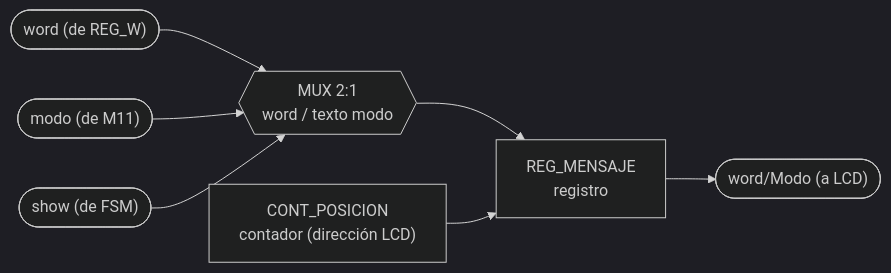
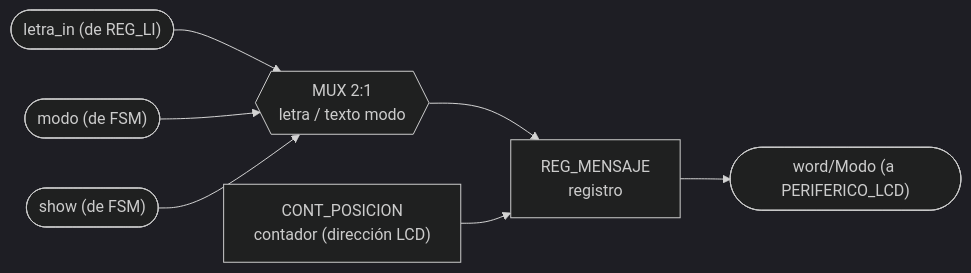
Before and after one commit to Taller-de-diseno-digital-GR01/Proyecto-2-Ahorcado: the fifth of 13 diagrams in docs/diseño/diagramas/nivel03.md, drawn with Mermaid (dark theme). The commit also changed other lines of this file and 1 other file, not shown here.

````diff
--- a/docs/diseño/diagramas/nivel03.md
+++ b/docs/diseño/diagramas/nivel03.md
@@ -217,9 +242,9 @@
 ```mermaid
 flowchart LR
-    IN_WORD(["word (de REG_W)"]) --> MUX1{{"MUX 2:1<br/>word / texto modo"}}
-    IN_MODO(["modo (de M11)"]) --> MUX1
+    IN_LETRA(["letra_in (de REG_LI)"]) --> MUX1{{"MUX 2:1<br/>letra / texto modo"}}
+    IN_MODO(["modo (de FSM)"]) --> MUX1
     IN_SHOW(["show (de FSM)"]) --> MUX1
     MUX1 --> REG_MSG["REG_MENSAJE<br/>registro"]
     CNT_POS["CONT_POSICION<br/>contador (dirección LCD)"] --> REG_MSG
-    REG_MSG --> OUT_LCD(["word/Modo (a LCD)"])
+    REG_MSG --> OUT_LCD(["word/Modo (a PERIFERICO_LCD)"])
 ```
````
